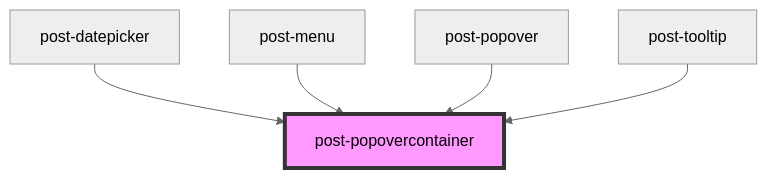
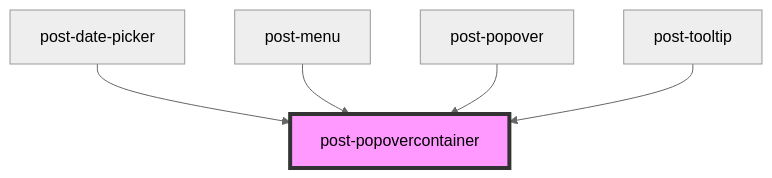
Before and after one commit to swisspost/design-system: the diagram in packages/components/src/components/post-popovercontainer/readme.md, drawn with Mermaid (neutral theme). The commit also changed other lines of this file and 11 other files, not shown here.

Commit message:
rename to post-date-picker

````diff
--- a/packages/components/src/components/post-popovercontainer/readme.md
+++ b/packages/components/src/components/post-popovercontainer/readme.md
@@ -97,8 +97,8 @@
 ```mermaid
 graph TD;
-  post-datepicker --> post-popovercontainer
+  post-date-picker --> post-popovercontainer
   post-menu --> post-popovercontainer
   post-popover --> post-popovercontainer
   post-tooltip --> post-popovercontainer
   style post-popovercontainer fill:#f9f,stroke:#333,stroke-width:4px
 ```
````
